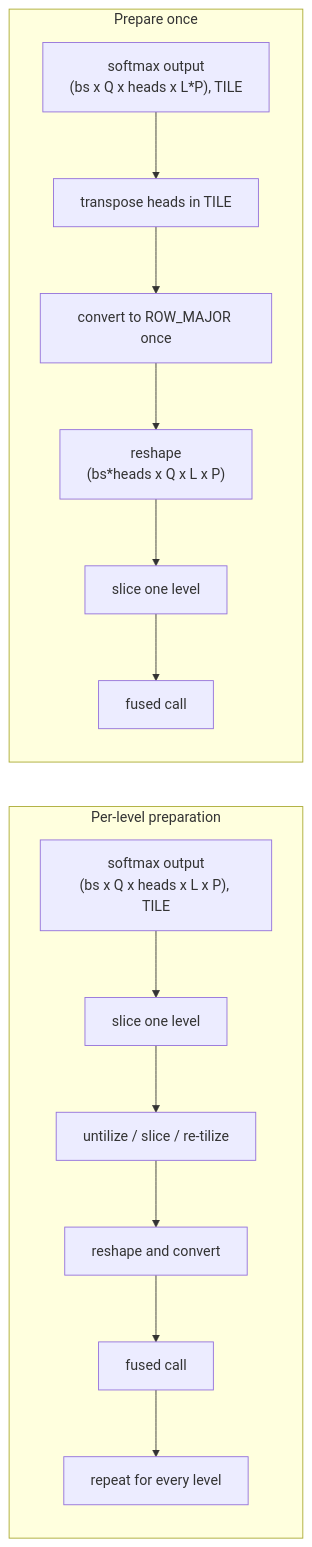
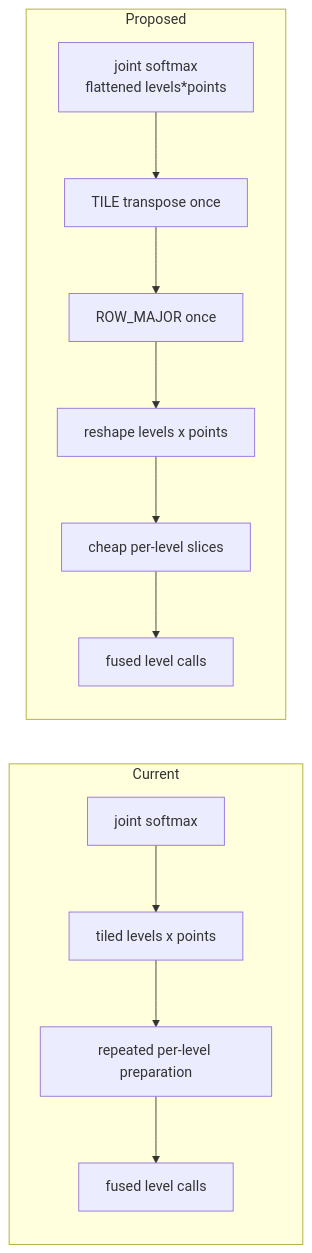
The diagram in models/experimental/bevformer/docs/github/03.03-prepare-attention-once.md (tenstorrent/tt-metal), drawn with Mermaid before and after one commit. The commit also changed other lines of this file and 1 other file, not shown here.

````diff
--- a/models/experimental/bevformer/docs/github/03.03-prepare-attention-once.md
+++ b/models/experimental/bevformer/docs/github/03.03-prepare-attention-once.md
@@ -30,18 +30,16 @@
 ```mermaid
 flowchart LR
-    subgraph current["Per-level preparation"]
-        C1["softmax output<br/>(bs x Q x heads x L x P), TILE"] --> C2["slice one level"]
-        C2 --> C3["untilize / slice / re-tilize"]
-        C3 --> C4["reshape and convert"]
-        C4 --> C5["fused call"]
-        C5 --> C6["repeat for every level"]
+    subgraph current["Current"]
+        C1["joint softmax"] --> C2["tiled levels x points"]
+        C2 --> C3["repeated per-level preparation"]
+        C3 --> C4["fused level calls"]
     end
 
-    subgraph proposed["Prepare once"]
-        P1["softmax output<br/>(bs x Q x heads x L*P), TILE"] --> P2["transpose heads in TILE"]
-        P2 --> P3["convert to ROW_MAJOR once"]
-        P3 --> P4["reshape<br/>(bs*heads x Q x L x P)"]
-        P4 --> P5["slice one level"]
-        P5 --> P6["fused call"]
+    subgraph proposed["Proposed"]
+        P1["joint softmax<br/>flattened levels*points"] --> P2["TILE transpose once"]
+        P2 --> P3["ROW_MAJOR once"]
+        P3 --> P4["reshape levels x points"]
+        P4 --> P5["cheap per-level slices"]
+        P5 --> P6["fused level calls"]
     end
 ```
````
